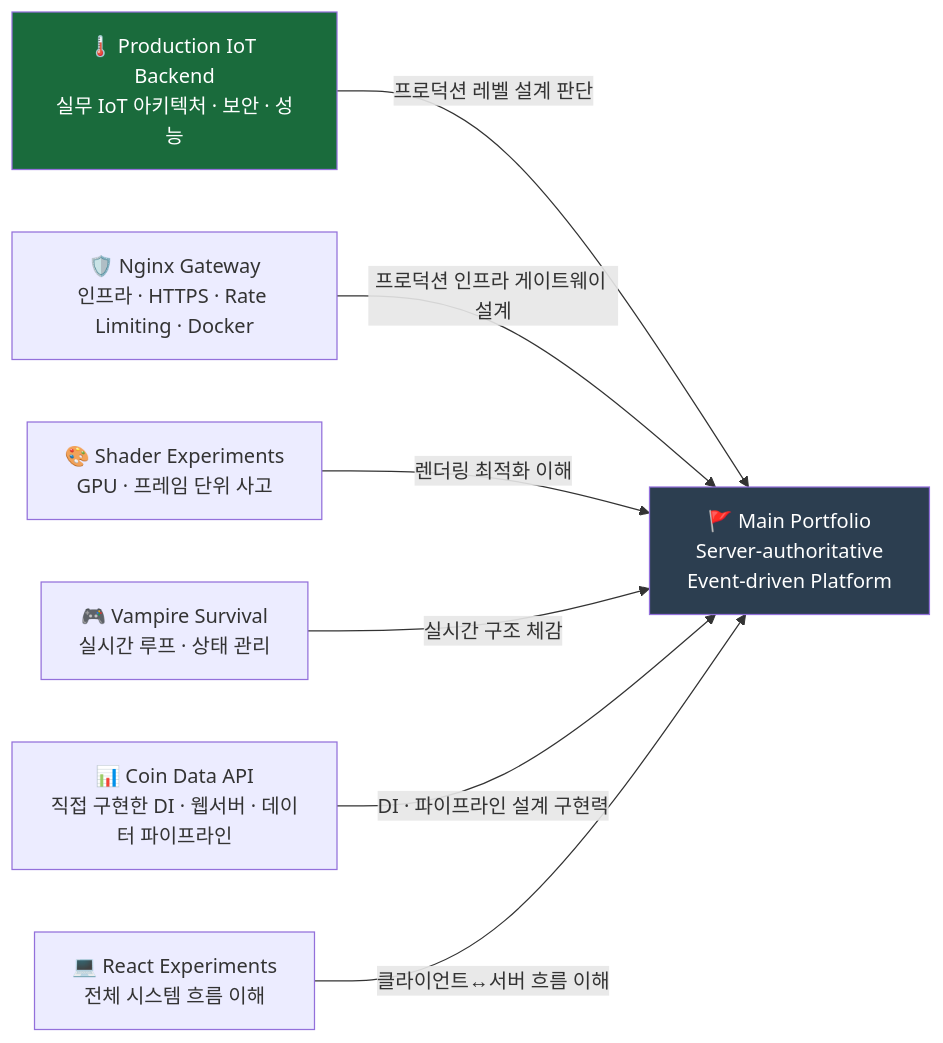
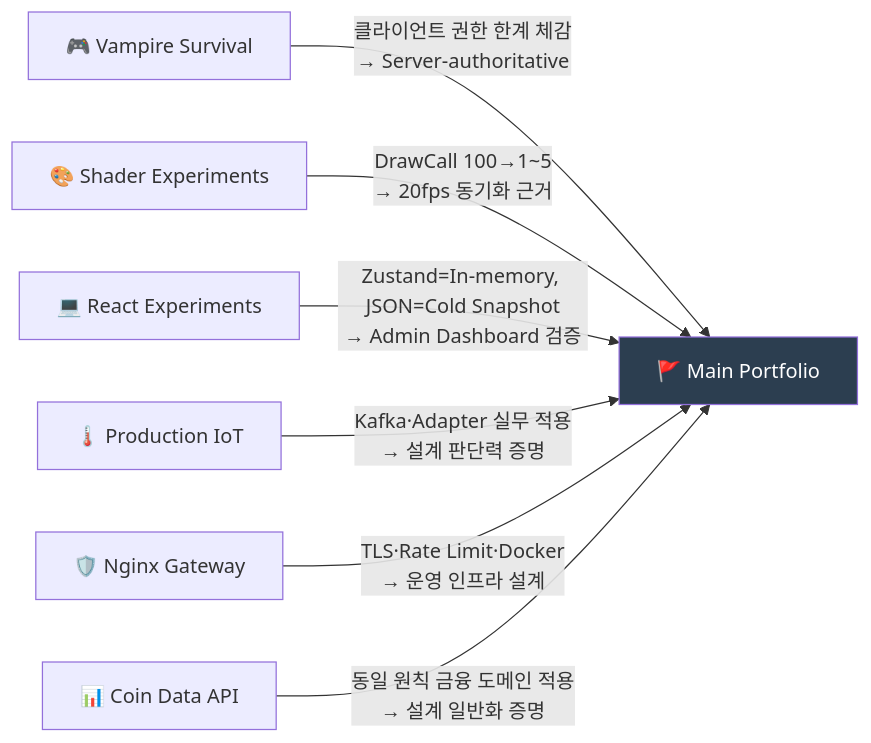
Before and after one commit to 1985jwlee/overview: the fifth of 12 diagrams in README.md, drawn with Mermaid. The commit also changed other lines of this file, not shown here.

First line of the commit message:
Revise portfolio details and architecture diagrams

````diff
--- a/README.md
+++ b/README.md
@@ -111,22 +173,13 @@
 ```mermaid
 graph LR
-    MAIN["🚩 Main Portfolio<br/>Server-authoritative<br/>Event-driven Platform"]
+    VAMPIRE["🎮 Vampire Survival"] -->|"클라이언트 권한 한계 체감\n→ Server-authoritative"| MAIN
+    SHADER["🎨 Shader Experiments"] -->|"DrawCall 100→1~5\n→ 20fps 동기화 근거"| MAIN
+    REACT["💻 React Experiments"] -->|"Zustand=In-memory, JSON=Cold Snapshot\n→ Admin Dashboard 검증"| MAIN
+    IOT["🌡️ Production IoT"] -->|"Kafka·Adapter 실무 적용\n→ 설계 판단력 증명"| MAIN
+    NGINX["🛡️ Nginx Gateway"] -->|"TLS·Rate Limit·Docker\n→ 운영 인프라 설계"| MAIN
+    COIN["📊 Coin Data API"] -->|"동일 원칙 금융 도메인 적용\n→ 설계 일반화 증명"| MAIN
 
-    IOT["🌡️ Production IoT Backend<br/>실무 IoT 아키텍처 · 보안 · 성능"]
-    NGINX["🛡️ Nginx Gateway<br/>인프라 · HTTPS · Rate Limiting · Docker"]
-    
-    SHADER["🎨 Shader Experiments<br/>GPU · 프레임 단위 사고"]
-    VAMPIRE["🎮 Vampire Survival<br/>실시간 루프 · 상태 관리"]
-    COIN["📊 Coin Data API<br/>직접 구현한 DI · 웹서버 · 데이터 파이프라인"]
-    REACT["💻 React Experiments<br/>전체 시스템 흐름 이해"]
-
-    IOT -->|프로덕션 레벨 설계 판단| MAIN
-    NGINX -->|프로덕션 인프라 게이트웨이 설계| MAIN
-    SHADER -->|렌더링 최적화 이해| MAIN
-    VAMPIRE -->|실시간 구조 체감| MAIN
-    COIN -->|DI · 파이프라인 설계 구현력| MAIN
-    REACT -->|클라이언트↔서버 흐름 이해| MAIN
+    MAIN["🚩 Main Portfolio"]
 
     style MAIN fill:#2c3e50,color:#fff
-    style IOT fill:#1a6b3c,color:#fff
 ```
````
